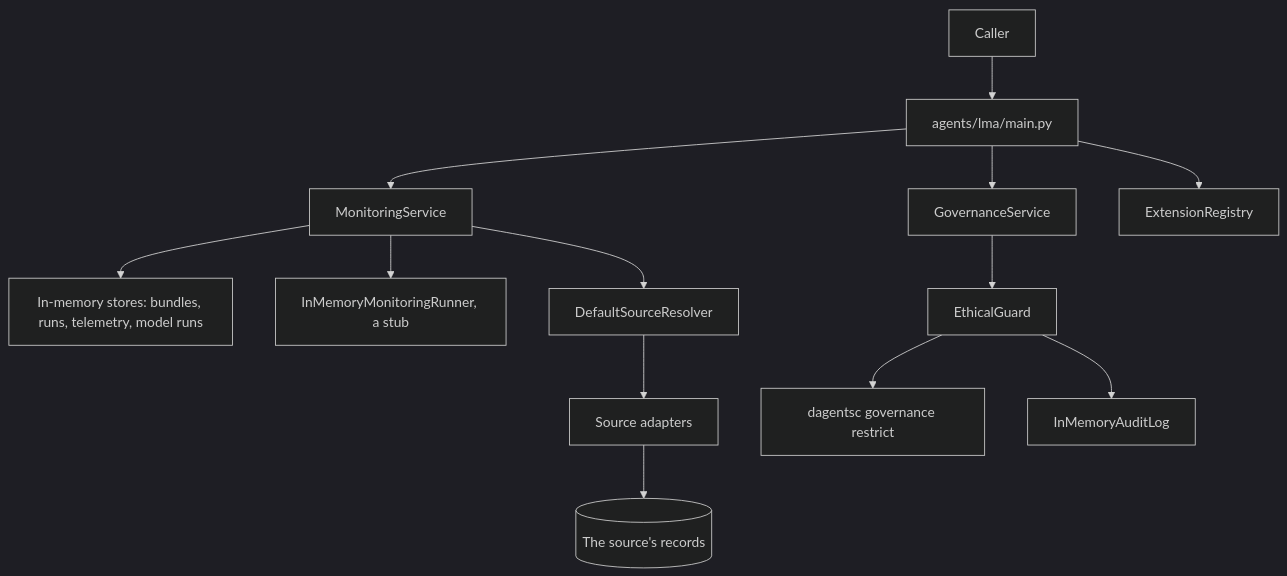
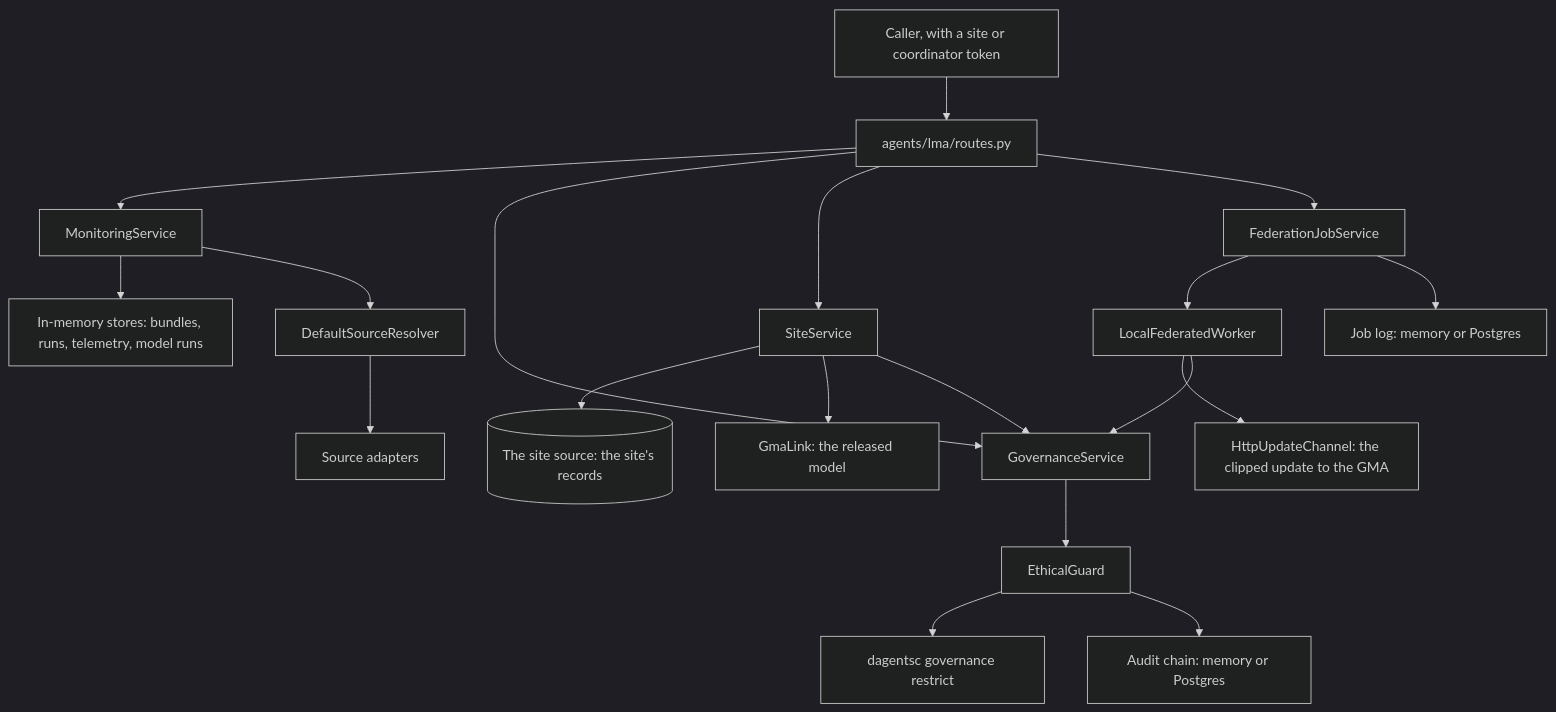
The second of 12 diagrams in docs/reference/api/agents.md (pradyunuydarp/Dagents), drawn with Mermaid (dark theme) before and after one commit. The commit also changed other lines of this file and 129 other files, not shown here.

First line of the commit message:
Give the LMA a site mode and let the GMA run rounds over HTTP

````diff
--- a/docs/reference/api/agents.md
+++ b/docs/reference/api/agents.md
@@ -79,15 +206,21 @@
 ```mermaid
 flowchart TB
-    Caller["Caller"] --> Routes["agents/lma/main.py"]
+    Caller["Caller, with a site or coordinator token"] --> Routes["agents/lma/routes.py"]
     Routes --> Monitoring["MonitoringService"]
     Routes --> Governance["GovernanceService"]
-    Routes --> Registry["ExtensionRegistry"]
+    Routes --> Site["SiteService"]
+    Routes --> Jobs["FederationJobService"]
     Monitoring --> Stores["In-memory stores: bundles, runs, telemetry, model runs"]
-    Monitoring --> Runner["InMemoryMonitoringRunner, a stub"]
     Monitoring --> Resolver["DefaultSourceResolver"]
     Resolver --> Adapters["Source adapters"]
-    Adapters --> Data[("The source's records")]
+    Site --> SiteSource[("The site source: the site's records")]
+    Site --> Gma["GmaLink: the released model"]
+    Jobs --> Worker["LocalFederatedWorker"]
+    Worker --> Channel["HttpUpdateChannel: the clipped update to the GMA"]
+    Jobs --> JobLog["Job log: memory or Postgres"]
+    Worker --> Governance
+    Site --> Governance
     Governance --> Guard["EthicalGuard"]
     Guard --> CLI["dagentsc governance restrict"]
-    Guard --> Audit["InMemoryAuditLog"]
+    Guard --> Audit["Audit chain: memory or Postgres"]
 ```
````
